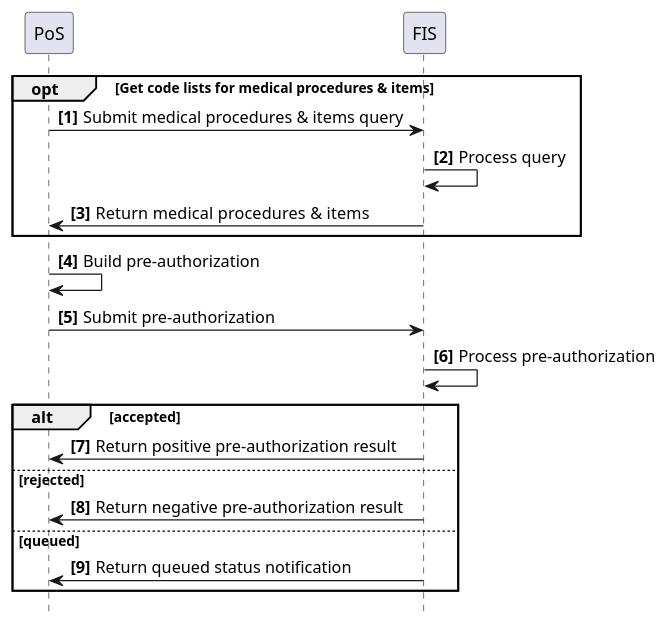
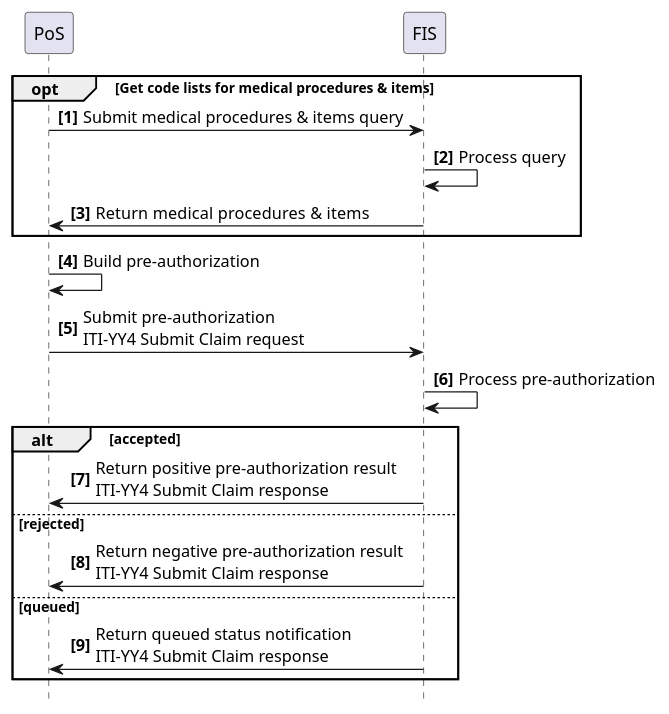
The diagram in input/images-source/usecase6-processflow.plantuml (IHE/ITI.Finance), drawn with PlantUML before and after one commit. The commit also changed 9 other files, not shown here.

```diff
--- a/input/images-source/usecase6-processflow.plantuml
+++ b/input/images-source/usecase6-processflow.plantuml
@@ -1,29 +1,29 @@
 @startuml
 skinparam svgDimensionStyle false
 hide footbox
 autonumber "<b>[0]"
 
 participant PoS
 participant FIS
 
 
 opt Get code lists for medical procedures & items
 	PoS -> FIS: Submit medical procedures & items query
 	FIS -> FIS: Process query
 	FIS -> PoS: Return  medical procedures & items
 end opt
  
 
 PoS -> PoS: Build pre-authorization
-PoS -> FIS: Submit pre-authorization
+PoS -> FIS: Submit pre-authorization\nITI-YY4 Submit Claim request
 FIS -> FIS: Process pre-authorization
 
 alt accepted
-	FIS -> PoS: Return positive pre-authorization result
+	FIS -> PoS: Return positive pre-authorization result\nITI-YY4 Submit Claim response
 else rejected
-	FIS -> PoS: Return negative pre-authorization result
+	FIS -> PoS: Return negative pre-authorization result\nITI-YY4 Submit Claim response
 else queued
-	FIS -> PoS: Return queued status notification
+	FIS -> PoS: Return queued status notification\nITI-YY4 Submit Claim response
 end
 
 @enduml
```
